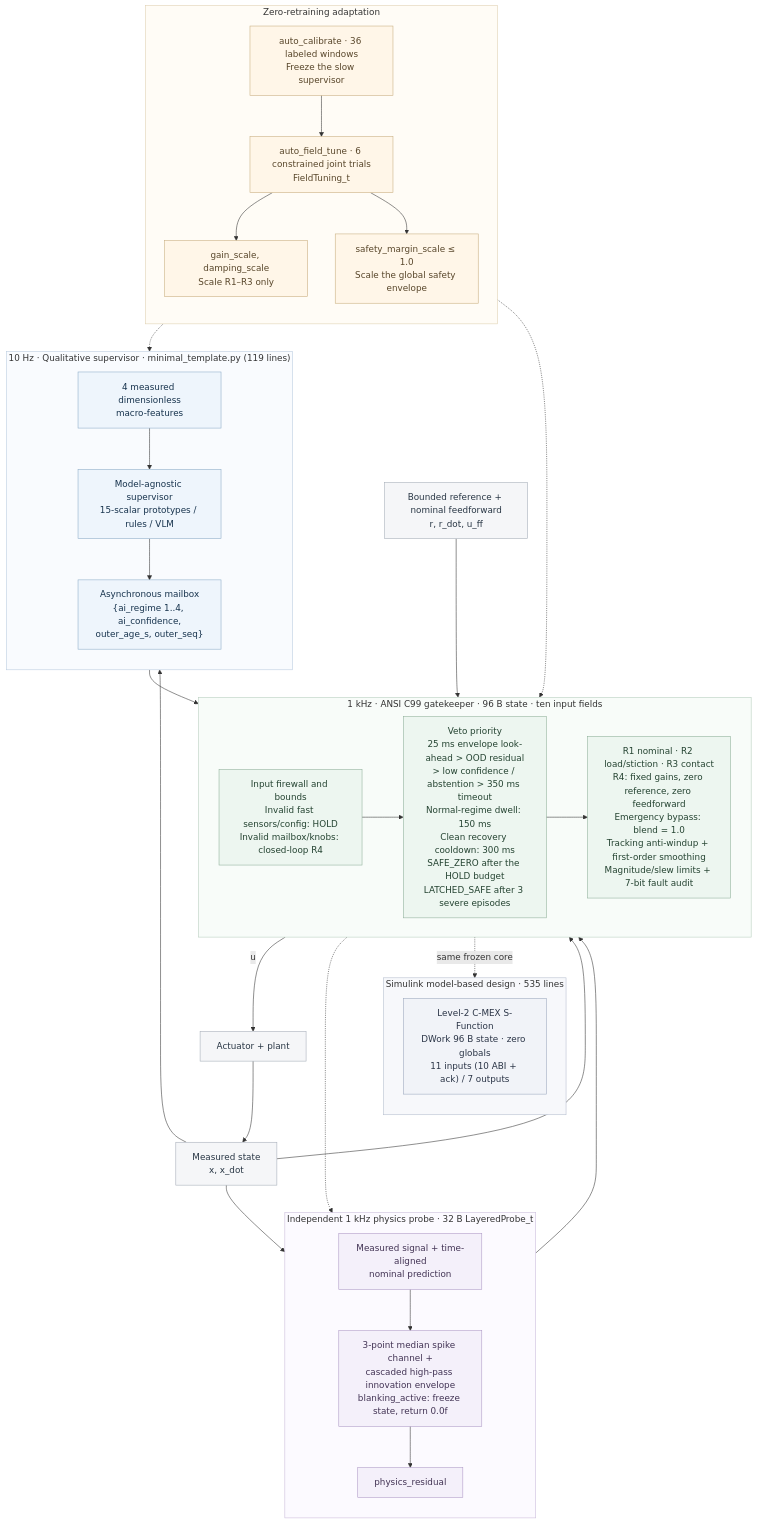
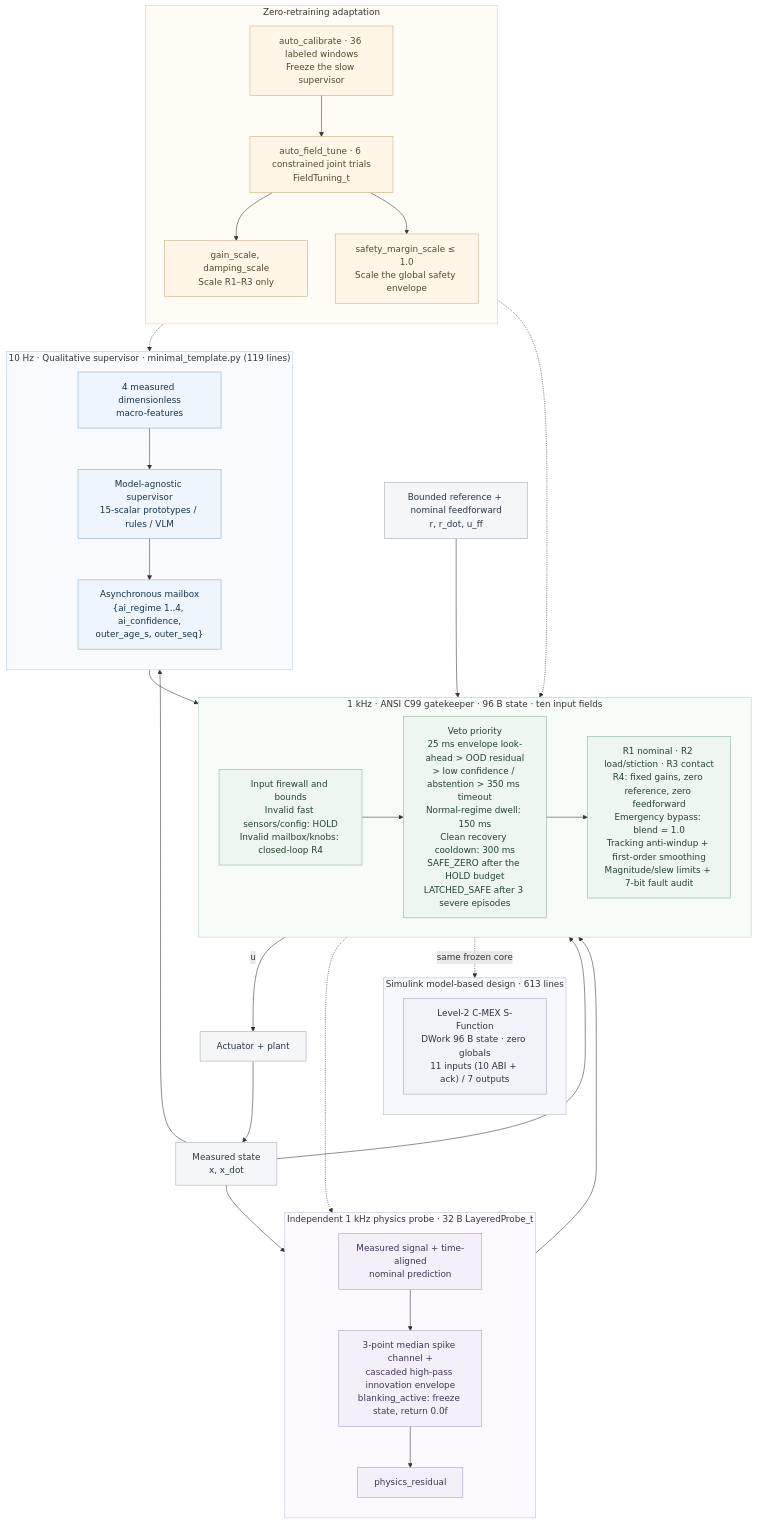
One commit to lijiawei255/ai-layered-control changed the diagram in README.md. Above: the diagram before and after it, drawn with Mermaid. The commit also changed other lines of this file and 16 other files, not shown here.

````diff
--- a/README.md
+++ b/README.md
@@ -54,70 +54,70 @@
 ```mermaid
 flowchart TB
     subgraph slow["10 Hz · Qualitative supervisor · minimal_template.py (119 lines)"]
         direction TB
         features["4 measured dimensionless<br/>macro-features"]
         supervisor["Model-agnostic supervisor<br/>15-scalar prototypes / rules / VLM"]
         mailbox["Asynchronous mailbox<br/>{ai_regime 1..4, ai_confidence,<br/>outer_age_s, outer_seq}"]
         features --> supervisor --> mailbox
     end
     subgraph probe["Independent 1 kHz physics probe · 32 B LayeredProbe_t"]
         direction TB
         innovation["Measured signal + time-aligned<br/>nominal prediction"]
         channels["3-point median spike channel +<br/>cascaded high-pass innovation envelope<br/>blanking_active: freeze state, return 0.0f"]
         residual["physics_residual"]
         innovation --> channels --> residual
     end
     subgraph fast["1 kHz · ANSI C99 gatekeeper · 96 B state · ten input fields"]
         direction LR
         firewall["Input firewall and bounds<br/>Invalid fast sensors/config: HOLD<br/>Invalid mailbox/knobs: closed-loop R4"]
         gates["Veto priority<br/>25 ms envelope look-ahead > OOD residual<br/>> low confidence / abstention > 350 ms timeout<br/>Normal-regime dwell: 150 ms<br/>Clean recovery cooldown: 300 ms<br/>SAFE_ZERO after the HOLD budget<br/>LATCHED_SAFE after 3 severe episodes"]
         bank["R1 nominal · R2 load/stiction · R3 contact<br/>R4: fixed gains, zero reference, zero feedforward<br/>Emergency bypass: blend = 1.0<br/>Tracking anti-windup + first-order smoothing<br/>Magnitude/slew limits + 7-bit fault audit"]
         firewall --> gates --> bank
     end
-    subgraph mbd["Simulink model-based design · 535 lines"]
+    subgraph mbd["Simulink model-based design · 613 lines"]
         direction TB
         sfun["Level-2 C-MEX S-Function<br/>DWork 96 B state · zero globals<br/>11 inputs (10 ABI + ack) / 7 outputs"]
     end
     subgraph adapt["Zero-retraining adaptation"]
         direction TB
         calibrate["auto_calibrate · 36 labeled windows<br/>Freeze the slow supervisor"]
         tune["auto_field_tune · 6 constrained joint trials<br/>FieldTuning_t"]
         gains["gain_scale, damping_scale<br/>Scale R1–R3 only"]
         margin["safety_margin_scale ≤ 1.0<br/>Scale the global safety envelope"]
         calibrate --> tune
         tune --> gains
         tune --> margin
     end
     reference["Bounded reference + nominal feedforward<br/>r, r_dot, u_ff"]
     plant["Actuator + plant"]
     sensor["Measured state<br/>x, x_dot"]
     reference --> fast
     slow --> fast
     probe --> fast
     fast -->|"u"| plant
     plant --> sensor
     sensor --> fast
     sensor --> slow
     sensor --> probe
     fast -.-> probe
     fast -.->|"same frozen core"| sfun
     adapt -.-> slow
     adapt -.-> fast
     classDef slowNode fill:#eef5fc,stroke:#8baac7,color:#17334d;
     classDef probeNode fill:#f4f0fa,stroke:#ad98c5,color:#423354;
     classDef coreNode fill:#edf6f0,stroke:#8eaf99,color:#244331;
     classDef adaptNode fill:#fff6e8,stroke:#c7ad7d,color:#58462a;
     classDef ioNode fill:#f5f6f8,stroke:#a4acb7,color:#283644;
     classDef mbdNode fill:#f1f3f8,stroke:#9aa7bd,color:#2a3446;
     class features,supervisor,mailbox slowNode;
     class innovation,channels,residual probeNode;
     class firewall,gates,bank coreNode;
     class calibrate,tune,gains,margin adaptNode;
     class reference,plant,sensor ioNode;
     class sfun mbdNode;
     style slow fill:#f9fbfe,stroke:#b8cbde
     style probe fill:#fcfaff,stroke:#c9bbda
     style fast fill:#f8fcf9,stroke:#b6cdbd
     style mbd fill:#f7f8fb,stroke:#b3bccd
     style adapt fill:#fffcf6,stroke:#dfcfaf
 ```
````
